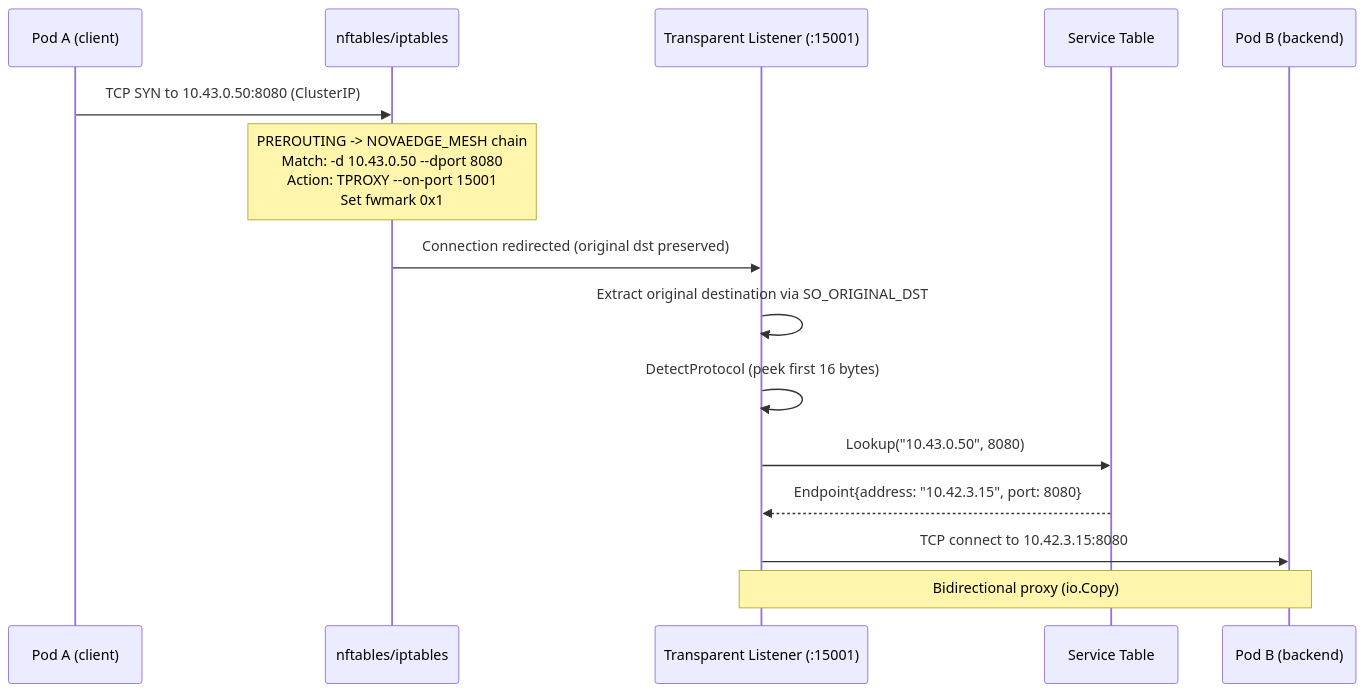
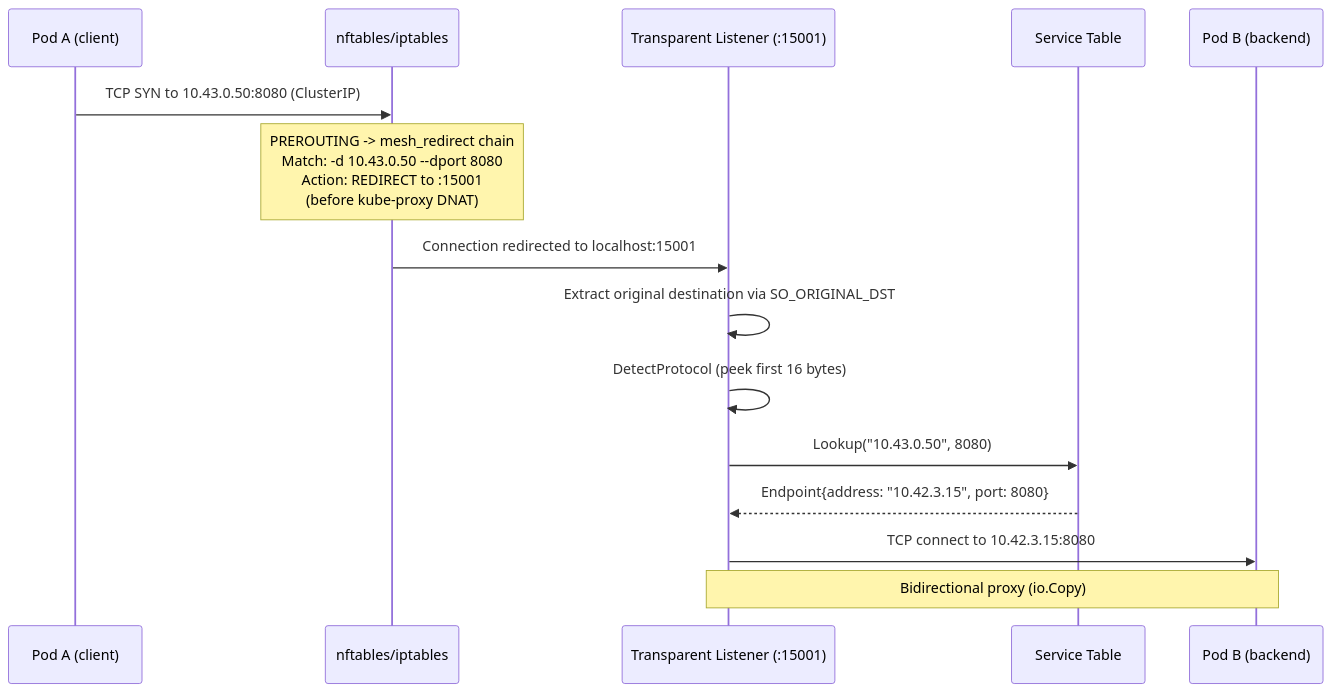
Before and after one commit to azrtydxb/novaedge: the second of 4 diagrams in docs/user-guide/service-mesh.md, drawn with Mermaid. The commit also changed other lines of this file and 5 other files, not shown here.

First line of the commit message:
[Fix] Switch mesh interception from TPROXY to NAT REDIRECT (#506)

````diff
--- a/docs/user-guide/service-mesh.md
+++ b/docs/user-guide/service-mesh.md
@@ -109,19 +109,19 @@
 ```mermaid
 sequenceDiagram
     participant App as Pod A (client)
     participant IPT as nftables/iptables
     participant TL as Transparent Listener (:15001)
     participant ST as Service Table
     participant Backend as Pod B (backend)
 
     App->>IPT: TCP SYN to 10.43.0.50:8080 (ClusterIP)
-    Note over IPT: PREROUTING -> NOVAEDGE_MESH chain<br/>Match: -d 10.43.0.50 --dport 8080<br/>Action: TPROXY --on-port 15001<br/>Set fwmark 0x1
+    Note over IPT: PREROUTING -> mesh_redirect chain<br/>Match: -d 10.43.0.50 --dport 8080<br/>Action: REDIRECT to :15001<br/>(before kube-proxy DNAT)
 
-    IPT->>TL: Connection redirected (original dst preserved)
+    IPT->>TL: Connection redirected to localhost:15001
     TL->>TL: Extract original destination via SO_ORIGINAL_DST
     TL->>TL: DetectProtocol (peek first 16 bytes)
     TL->>ST: Lookup("10.43.0.50", 8080)
     ST-->>TL: Endpoint{address: "10.42.3.15", port: 8080}
     TL->>Backend: TCP connect to 10.42.3.15:8080
     Note over TL,Backend: Bidirectional proxy (io.Copy)
 ```
````
